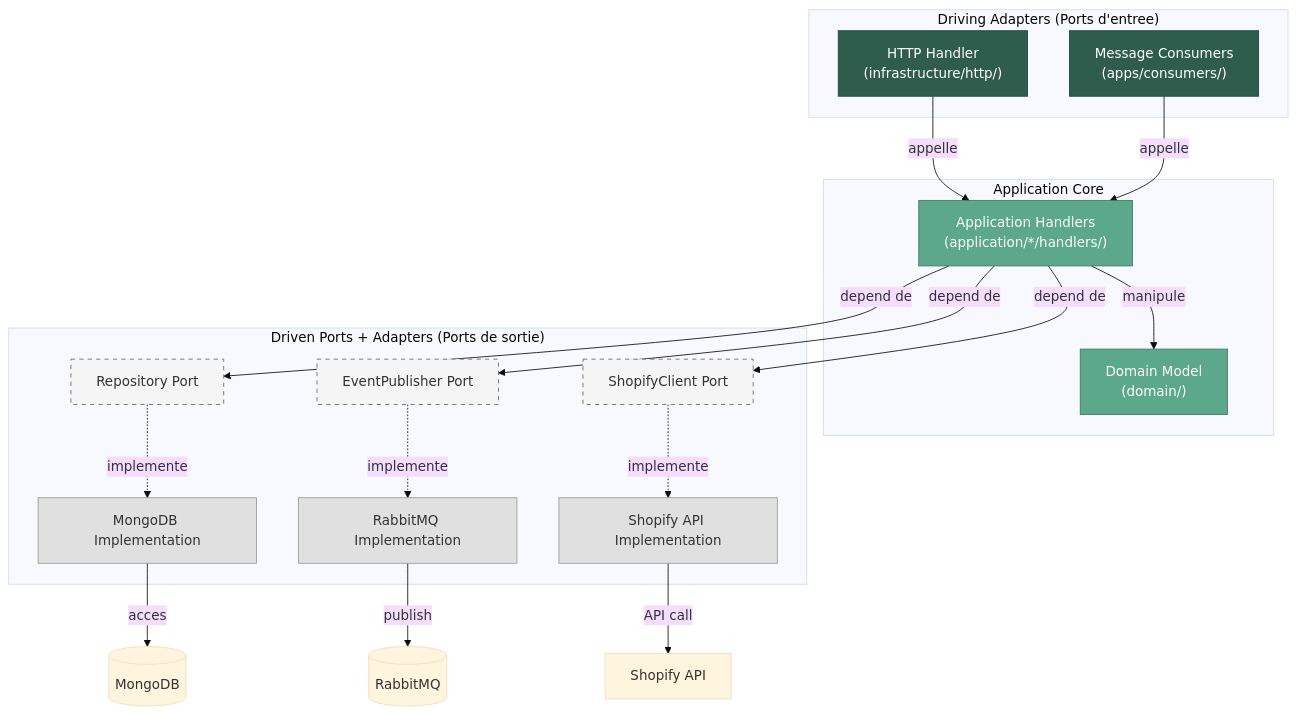
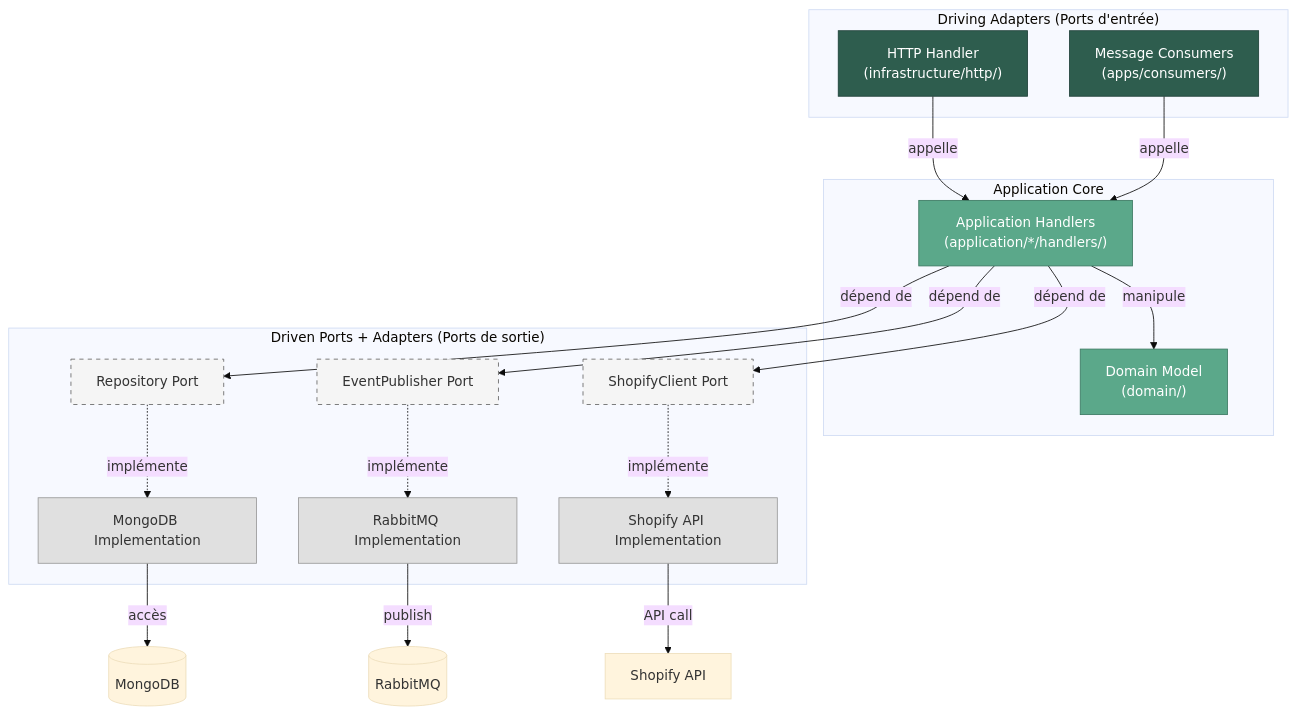
One commit to aagwali/maison-amane changed the second of 2 diagrams in apps/docs/docs/architecture/overview.mdx. Above: the diagram before and after it, drawn with Mermaid (base theme). The commit also changed other lines of this file and 9 other files, not shown here.

````diff
--- a/apps/docs/docs/architecture/overview.mdx
+++ b/apps/docs/docs/architecture/overview.mdx
@@ -165,47 +170,47 @@
 ```mermaid
 flowchart TB
-    subgraph Driving["Driving Adapters (Ports d'entree)"]
+    subgraph Driving["Driving Adapters (Ports d'entrée)"]
         HTTP["HTTP Handler<br/>(infrastructure/http/)"]
         Consumer["Message Consumers<br/>(apps/consumers/)"]
     end
 
     subgraph Core["Application Core"]
         UseCase["Application Handlers<br/>(application/*/handlers/)"]
         Domain["Domain Model<br/>(domain/)"]
     end
 
     subgraph Driven["Driven Ports + Adapters (Ports de sortie)"]
         RepoPort["Repository Port"]
         EventPort["EventPublisher Port"]
         ShopifyPort["ShopifyClient Port"]
 
         RepoImpl["MongoDB Implementation"]
         EventImpl["RabbitMQ Implementation"]
         ShopifyImpl["Shopify API Implementation"]
     end
 
     HTTP -->|"appelle"| UseCase
     Consumer -->|"appelle"| UseCase
     UseCase -->|"manipule"| Domain
-    UseCase -->|"depend de"| RepoPort
-    UseCase -->|"depend de"| EventPort
-    UseCase -->|"depend de"| ShopifyPort
+    UseCase -->|"dépend de"| RepoPort
+    UseCase -->|"dépend de"| EventPort
+    UseCase -->|"dépend de"| ShopifyPort
 
-    RepoPort -.->|"implemente"| RepoImpl
-    EventPort -.->|"implemente"| EventImpl
-    ShopifyPort -.->|"implemente"| ShopifyImpl
+    RepoPort -.->|"implémente"| RepoImpl
+    EventPort -.->|"implémente"| EventImpl
+    ShopifyPort -.->|"implémente"| ShopifyImpl
 
-    RepoImpl -->|"acces"| MongoDB[(MongoDB)]
+    RepoImpl -->|"accès"| MongoDB[(MongoDB)]
     EventImpl -->|"publish"| RabbitMQ[(RabbitMQ)]
     ShopifyImpl -->|"API call"| Shopify[Shopify API]
 
     classDef driving fill:#2e5d4e,stroke:#1f4139,color:#fff
     classDef core fill:#5ba88a,stroke:#3c7962,color:#fff
     classDef port fill:#f5f5f5,stroke:#666,color:#333,stroke-dasharray: 5 5
     classDef adapter fill:#e0e0e0,stroke:#999,color:#333
 
     class HTTP,Consumer driving
     class UseCase,Domain core
     class RepoPort,EventPort,ShopifyPort port
     class RepoImpl,EventImpl,ShopifyImpl adapter
 ```
````
